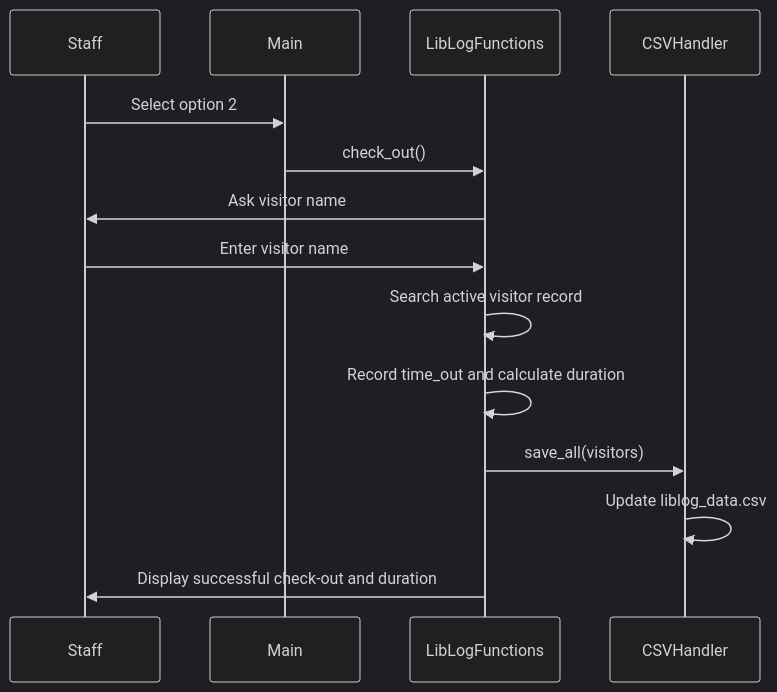
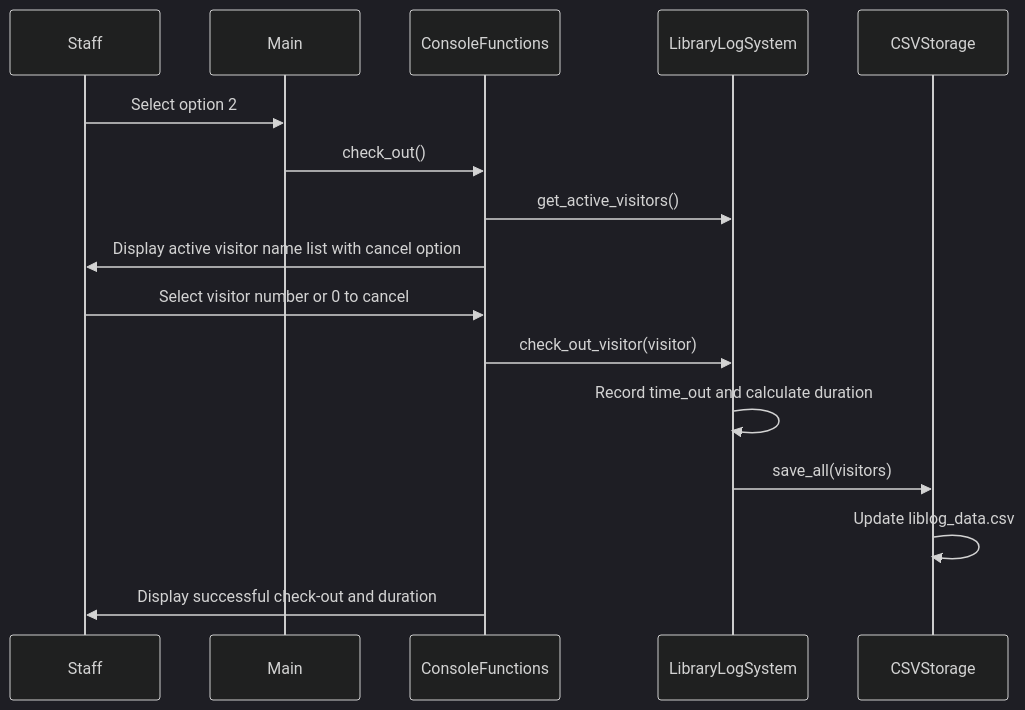
Before and after one commit to KekenGit/LibLogConsole: the fourth of 5 diagrams in DOCUMENTATION.md, drawn with Mermaid (dark theme). The commit also changed other lines of this file, not shown here.

````diff
--- a/DOCUMENTATION.md
+++ b/DOCUMENTATION.md
@@ -202,17 +267,19 @@
 ```mermaid
 sequenceDiagram
     participant Staff
     participant Main
-    participant LibLogFunctions
-    participant CSVHandler
+    participant ConsoleFunctions
+    participant LibraryLogSystem
+    participant CSVStorage
 
     Staff->>Main: Select option 2
-    Main->>LibLogFunctions: check_out()
-    LibLogFunctions->>Staff: Ask visitor name
-    Staff->>LibLogFunctions: Enter visitor name
-    LibLogFunctions->>LibLogFunctions: Search active visitor record
-    LibLogFunctions->>LibLogFunctions: Record time_out and calculate duration
-    LibLogFunctions->>CSVHandler: save_all(visitors)
-    CSVHandler->>CSVHandler: Update liblog_data.csv
-    LibLogFunctions->>Staff: Display successful check-out and duration
+    Main->>ConsoleFunctions: check_out()
+    ConsoleFunctions->>LibraryLogSystem: get_active_visitors()
+    ConsoleFunctions->>Staff: Display active visitor name list with cancel option
+    Staff->>ConsoleFunctions: Select visitor number or 0 to cancel
+    ConsoleFunctions->>LibraryLogSystem: check_out_visitor(visitor)
+    LibraryLogSystem->>LibraryLogSystem: Record time_out and calculate duration
+    LibraryLogSystem->>CSVStorage: save_all(visitors)
+    CSVStorage->>CSVStorage: Update liblog_data.csv
+    ConsoleFunctions->>Staff: Display successful check-out and duration
 ```
````
